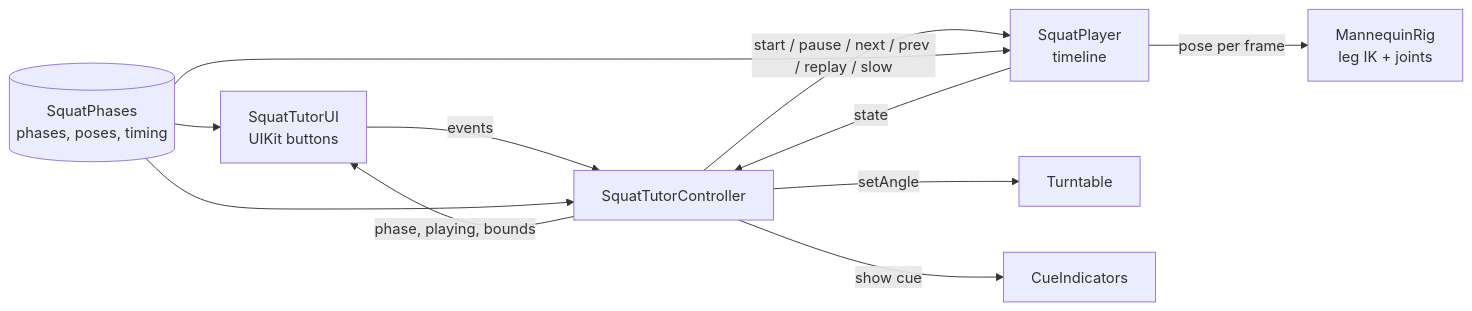
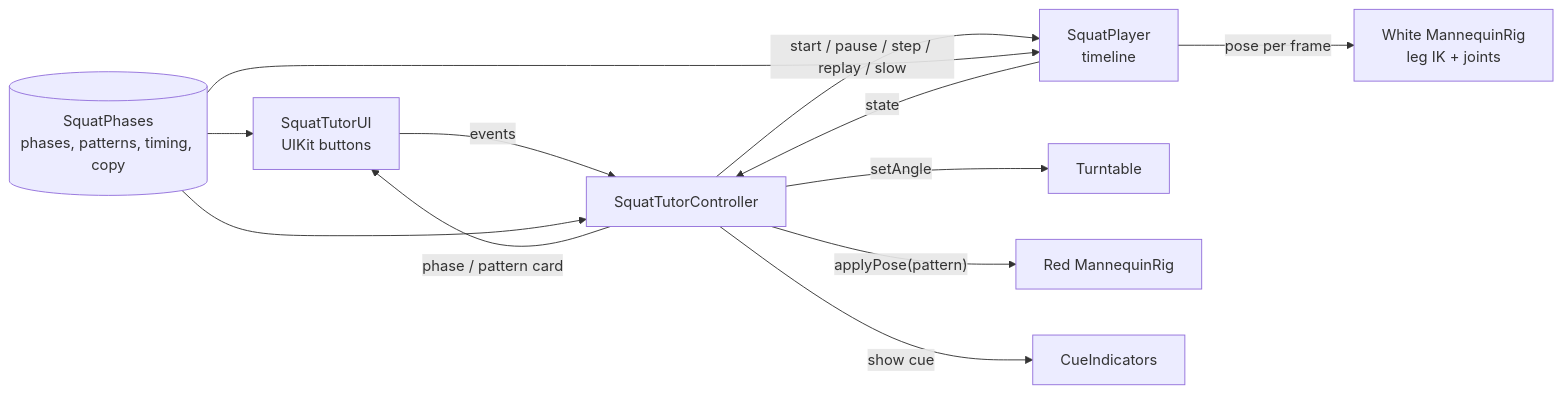
Before and after one commit to Sidd927/learn-ar-with-specs-2026: the diagram in README.md, drawn with Mermaid. The commit also changed other lines of this file and 11 other files, not shown here.

````diff
--- a/README.md
+++ b/README.md
@@ -65,13 +65,14 @@
 ```mermaid
 flowchart LR
   UI[SquatTutorUI<br/>UIKit buttons] -- events --> C[SquatTutorController]
-  C -- start / pause / next / prev / replay / slow --> P[SquatPlayer<br/>timeline]
+  C -- start / pause / step / replay / slow --> P[SquatPlayer<br/>timeline]
   C -- setAngle --> T[Turntable]
-  P -- pose per frame --> R[MannequinRig<br/>leg IK + joints]
+  C -- applyPose(pattern) --> G[Red MannequinRig]
+  P -- pose per frame --> R[White MannequinRig<br/>leg IK + joints]
   P -- state --> C
-  C -- phase, playing, bounds --> UI
+  C -- phase / pattern card --> UI
   C -- show cue --> Q[CueIndicators]
-  D[(SquatPhases<br/>phases, poses, timing)] --> P
+  D[(SquatPhases<br/>phases, patterns, timing, copy)] --> P
   D --> UI
   D --> C
 ```
````
